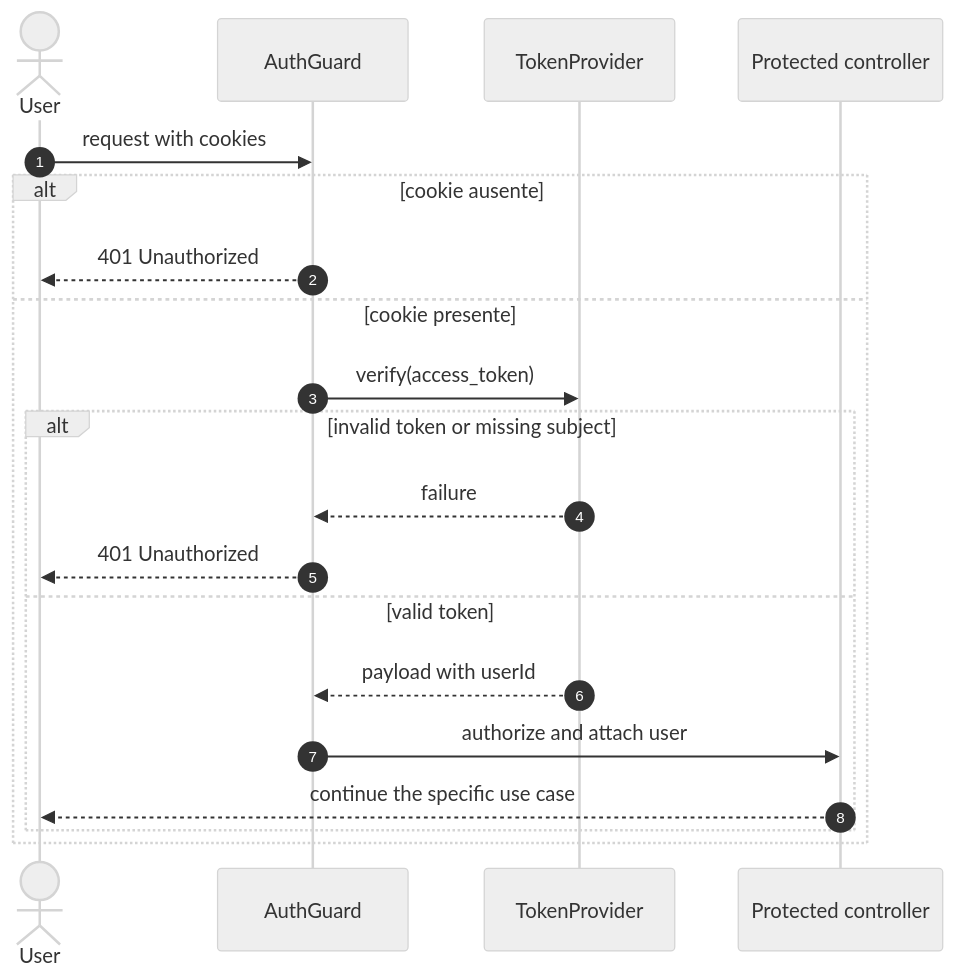
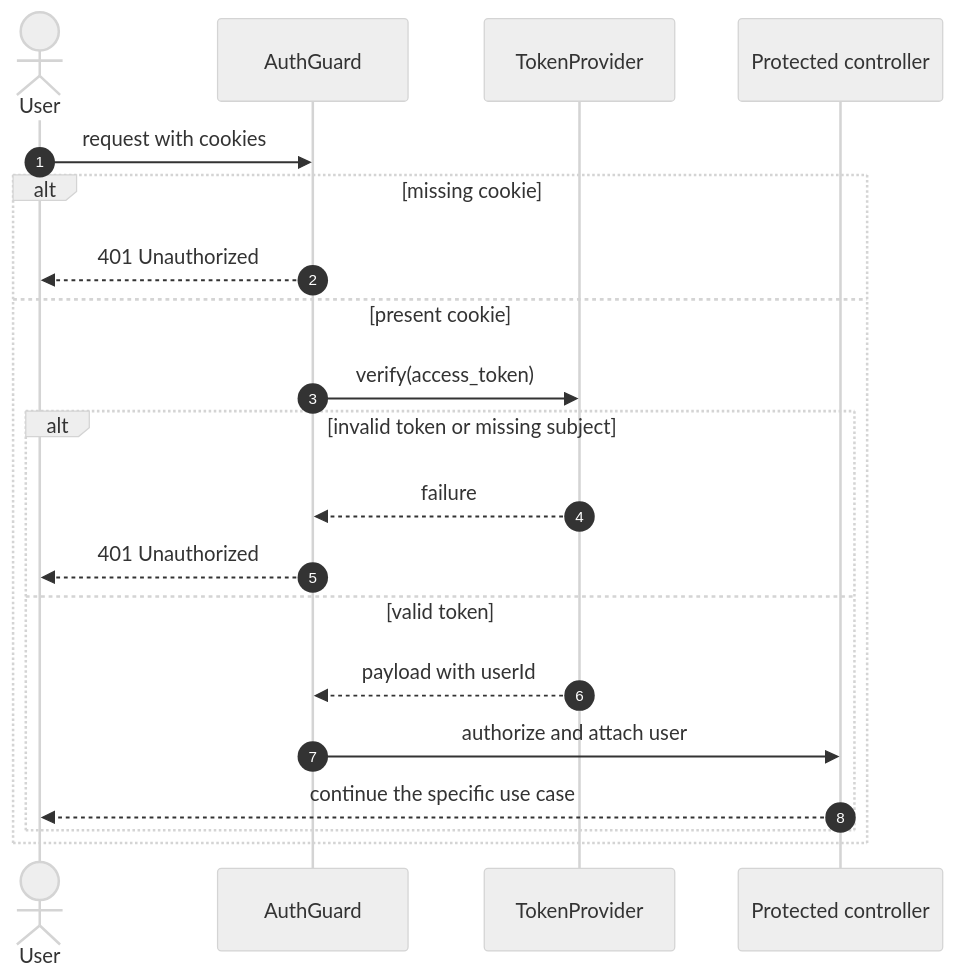
Before and after one commit to Lucalopezz/DevLog: the third of 6 diagrams in docs/diagrams/sequences/account-and-tags.md, drawn with Mermaid (neutral theme). The commit also changed other lines of this file and 68 other files, not shown here.

````diff
--- a/docs/diagrams/sequences/account-and-tags.md
+++ b/docs/diagrams/sequences/account-and-tags.md
@@ -77,23 +77,23 @@
 ```mermaid
 sequenceDiagram
     autonumber
     actor UserActor as User
     participant Guard as AuthGuard
     participant Token as TokenProvider
     participant C as Protected controller
 
     UserActor->>Guard: request with cookies
-    alt cookie ausente
+    alt missing cookie
         Guard-->>UserActor: 401 Unauthorized
-    else cookie presente
+    else present cookie
         Guard->>Token: verify(access_token)
         alt invalid token or missing subject
             Token-->>Guard: failure
             Guard-->>UserActor: 401 Unauthorized
         else valid token
             Token-->>Guard: payload with userId
             Guard->>C: authorize and attach user
             C-->>UserActor: continue the specific use case
         end
     end
 ```
````
